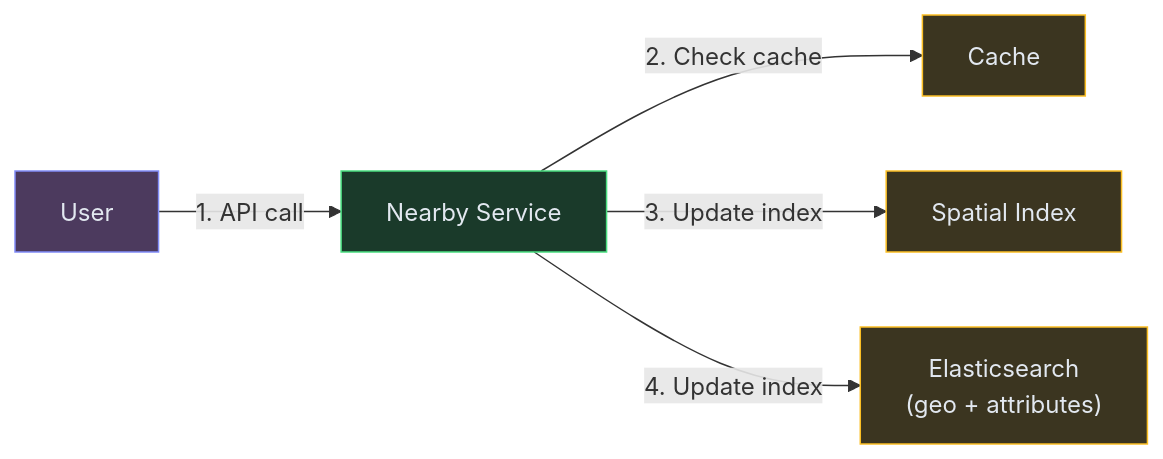
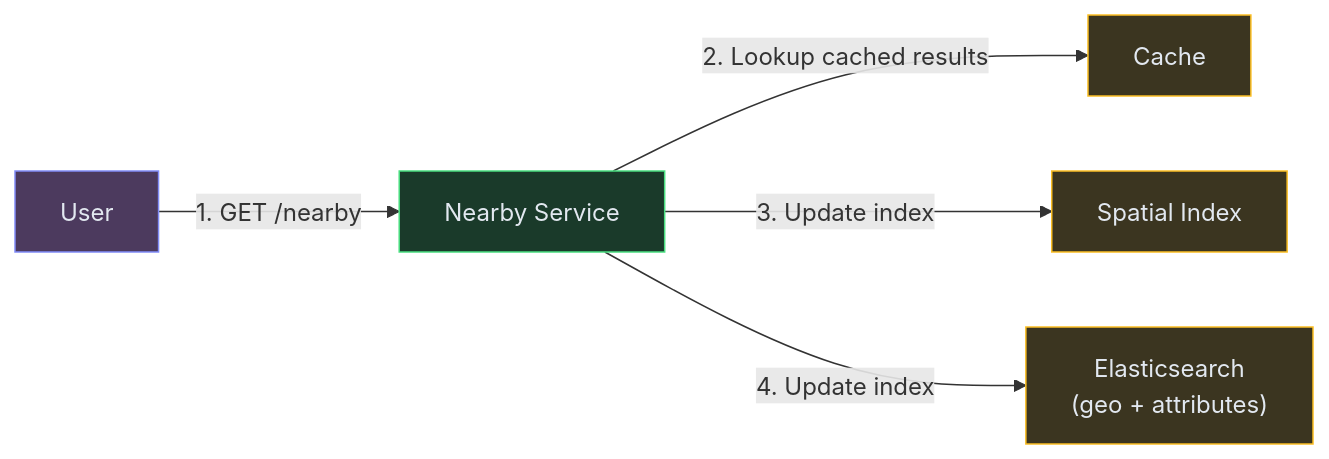
The fourth of 6 diagrams in content/hld/NearbyService.md (iluzn/HLD-Designs), drawn with Mermaid before and after one commit. The commit also changed other lines of this file and 27 other files, not shown here.

````diff
--- a/content/hld/NearbyService.md
+++ b/content/hld/NearbyService.md
@@ -230,17 +230,17 @@
 ```mermaid
 flowchart LR
     USER["User"]:::client
     NEARBY["Nearby Service"]:::service
     GEODEX["Spatial Index"]:::data
     SEARCH["Elasticsearch<br/>(geo + attributes)"]:::data
     CACHE["Cache"]:::data
 
-    USER -->|"1. API call"| NEARBY
-    NEARBY -->|"2. Check cache"| CACHE
+    USER -->|"1. GET /nearby"| NEARBY
+    NEARBY -->|"2. Lookup cached results"| CACHE
     NEARBY -->|"3. Update index"| GEODEX
     NEARBY -->|"4. Update index"| SEARCH
 
     classDef client fill:#4c3a5e,stroke:#818cf8,color:#e2e8f0
     classDef service fill:#1a3a2a,stroke:#4ade80,color:#e2e8f0
     classDef data fill:#3b3520,stroke:#fbbf24,color:#e2e8f0
 ```
````
